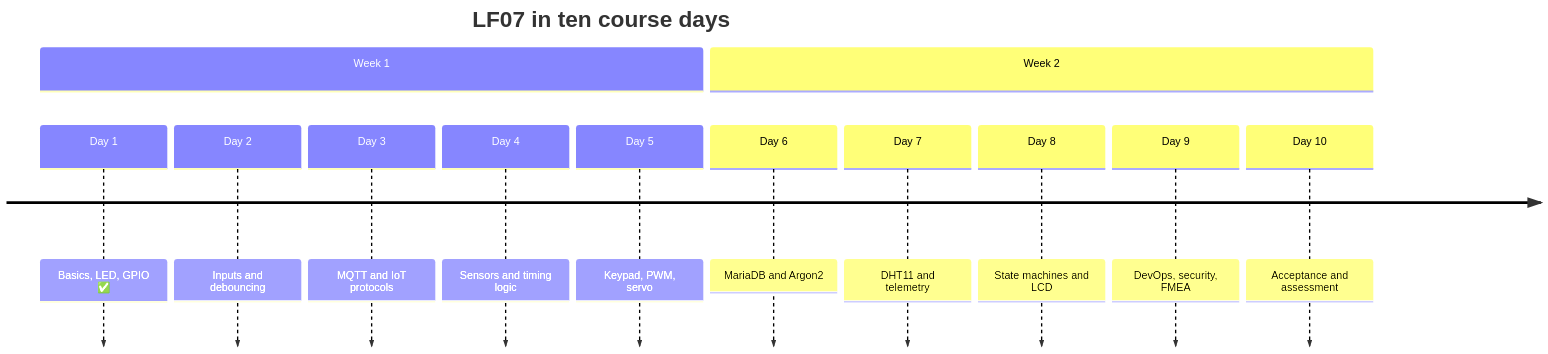
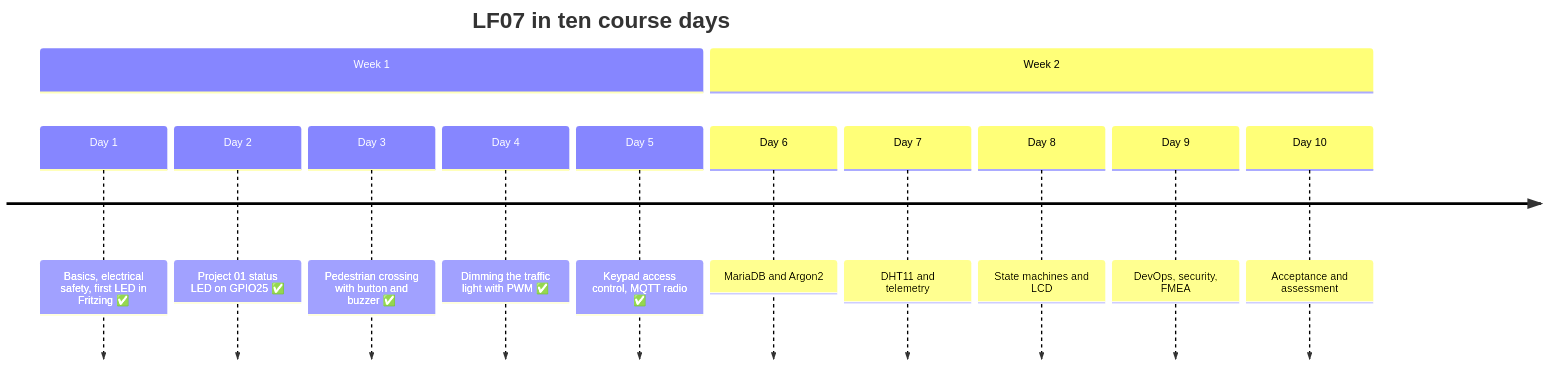
One commit to philmay1/lf07-cyber-physische-systeme changed the third of 4 diagrams in README.md. Above: the diagram before and after it, drawn with Mermaid. The commit also changed other lines of this file and 9 other files, not shown here.

````diff
--- a/README.md
+++ b/README.md
@@ -198,16 +181,16 @@
 ```mermaid
 timeline
     title LF07 in ten course days
     section Week 1
-        Day 1 : Basics, LED, GPIO ✅
-        Day 2 : Inputs and debouncing
-        Day 3 : MQTT and IoT protocols
-        Day 4 : Sensors and timing logic
-        Day 5 : Keypad, PWM, servo
+        Day 1 : Basics, electrical safety, first LED in Fritzing ✅
+        Day 2 : Project 01 status LED on GPIO25 ✅
+        Day 3 : Pedestrian crossing with button and buzzer ✅
+        Day 4 : Dimming the traffic light with PWM ✅
+        Day 5 : Keypad access control, MQTT radio ✅
     section Week 2
         Day 6 : MariaDB and Argon2
         Day 7 : DHT11 and telemetry
         Day 8 : State machines and LCD
         Day 9 : DevOps, security, FMEA
         Day 10 : Acceptance and assessment
 ```
````
